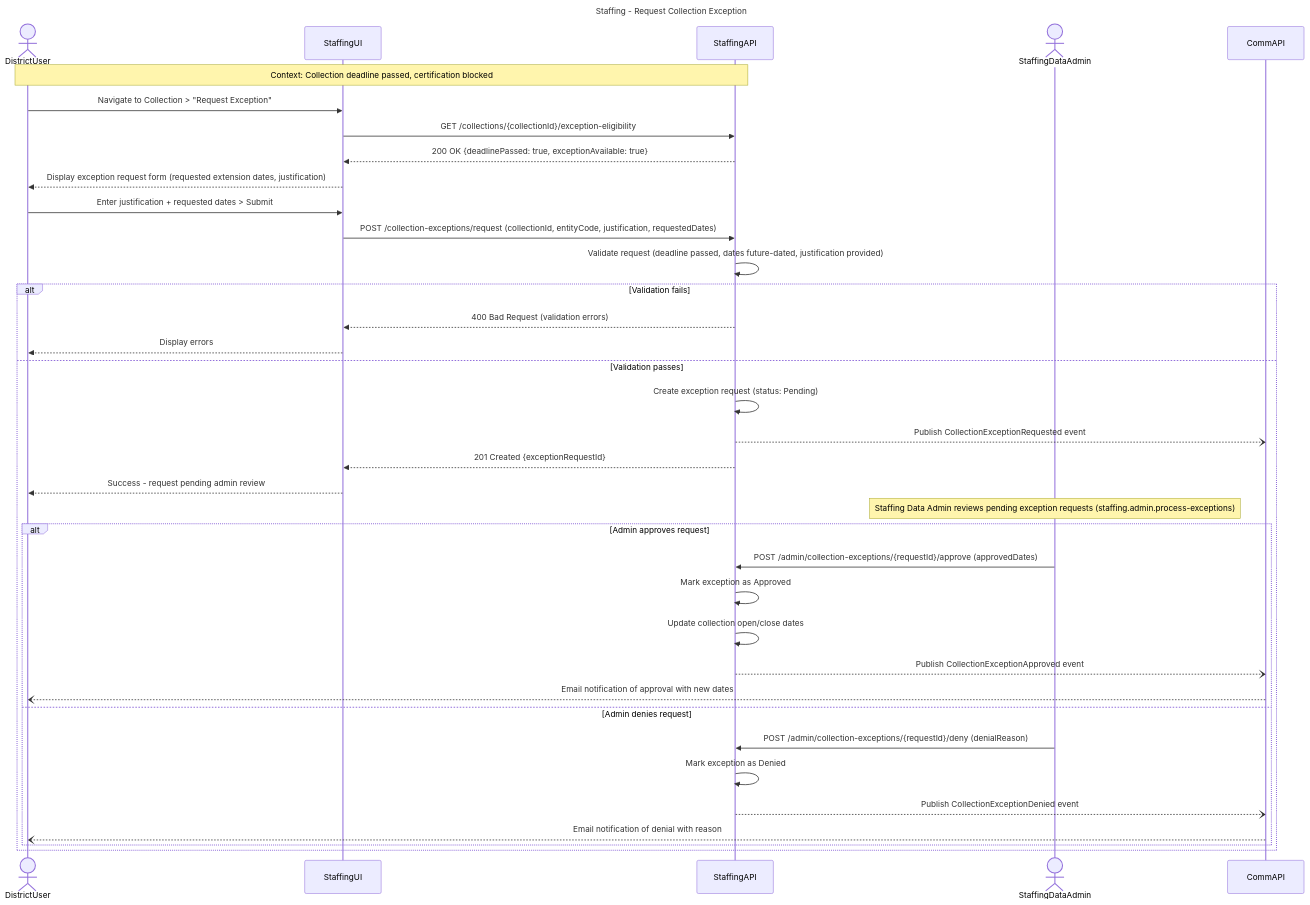
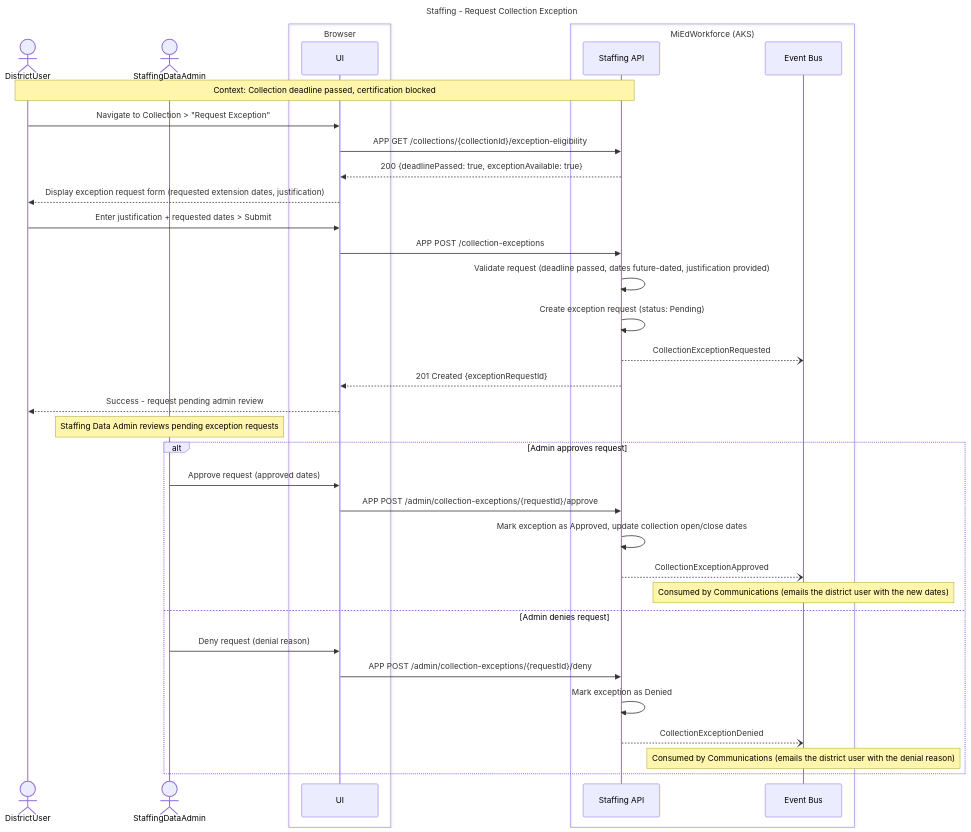
Diagram 11 of 14 in working-docs/solution-areas/staffing/staffing-sequences.md (mnichols-dl/mied-design), drawn with Mermaid before and after one commit. The commit also changed other lines of this file and 34 other files, not shown here.

Commit message:
Update sequences and perform RTM assessment

````diff
--- a/working-docs/solution-areas/staffing/staffing-sequences.md
+++ b/working-docs/solution-areas/staffing/staffing-sequences.md
@@ -509,49 +646,47 @@
 ```mermaid
 ---
 title: Staffing - Request Collection Exception
 ---
 sequenceDiagram
     actor DistrictUser
-    participant StaffingUI
-    participant StaffingAPI
     actor StaffingDataAdmin
-    participant CommAPI
-    
-    Note over DistrictUser,StaffingAPI: Context: Collection deadline passed, certification blocked
-    
-    DistrictUser->>StaffingUI: Navigate to Collection > "Request Exception"
-    StaffingUI->>StaffingAPI: GET /collections/{collectionId}/exception-eligibility
-    StaffingAPI-->>StaffingUI: 200 OK {deadlinePassed: true, exceptionAvailable: true}
-    
-    StaffingUI-->>DistrictUser: Display exception request form (requested extension dates, justification)
-    DistrictUser->>StaffingUI: Enter justification + requested dates > Submit
-    StaffingUI->>StaffingAPI: POST /collection-exceptions/request (collectionId, entityCode, justification, requestedDates)
-    
-    StaffingAPI->>StaffingAPI: Validate request (deadline passed, dates future-dated, justification provided)
-    
-    alt Validation fails
-        StaffingAPI-->>StaffingUI: 400 Bad Request (validation errors)
-        StaffingUI-->>DistrictUser: Display errors
-    else Validation passes
-        StaffingAPI->>StaffingAPI: Create exception request (status: Pending)
-        StaffingAPI--)CommAPI: Publish CollectionExceptionRequested event
-        StaffingAPI-->>StaffingUI: 201 Created {exceptionRequestId}
-        StaffingUI-->>DistrictUser: Success - request pending admin review
-        
-        Note over StaffingDataAdmin: Staffing Data Admin reviews pending exception requests (staffing.admin.process-exceptions)
-        
-        alt Admin approves request
-            StaffingDataAdmin->>StaffingAPI: POST /admin/collection-exceptions/{requestId}/approve (approvedDates)
-            StaffingAPI->>StaffingAPI: Mark exception as Approved
-            StaffingAPI->>StaffingAPI: Update collection open/close dates
-            StaffingAPI--)CommAPI: Publish CollectionExceptionApproved event
-            CommAPI--)DistrictUser: Email notification of approval with new dates
-            
-        else Admin denies request
-            StaffingDataAdmin->>StaffingAPI: POST /admin/collection-exceptions/{requestId}/deny (denialReason)
-            StaffingAPI->>StaffingAPI: Mark exception as Denied
-            StaffingAPI--)CommAPI: Publish CollectionExceptionDenied event
-            CommAPI--)DistrictUser: Email notification of denial with reason
-        end
+    box Browser
+        participant UI as UI
+    end
+    box MiEdWorkforce (AKS)
+        participant StaffingApi as Staffing API
+        participant EventBus as Event Bus
+    end
+
+    Note over DistrictUser,StaffingApi: Context: Collection deadline passed, certification blocked
+
+    DistrictUser->>UI: Navigate to Collection > "Request Exception"
+    UI->>StaffingApi: APP GET /collections/{collectionId}/exception-eligibility
+    StaffingApi-->>UI: 200 {deadlinePassed: true, exceptionAvailable: true}
+
+    UI-->>DistrictUser: Display exception request form (requested extension dates, justification)
+    DistrictUser->>UI: Enter justification + requested dates > Submit
+    UI->>StaffingApi: APP POST /collection-exceptions
+
+    StaffingApi->>StaffingApi: Validate request (deadline passed, dates future-dated, justification provided)
+    StaffingApi->>StaffingApi: Create exception request (status: Pending)
+    StaffingApi--)EventBus: CollectionExceptionRequested
+    StaffingApi-->>UI: 201 Created {exceptionRequestId}
+    UI-->>DistrictUser: Success - request pending admin review
+
+    Note over StaffingDataAdmin: Staffing Data Admin reviews pending exception requests
+
+    alt Admin approves request
+        StaffingDataAdmin->>UI: Approve request (approved dates)
+        UI->>StaffingApi: APP POST /admin/collection-exceptions/{requestId}/approve
+        StaffingApi->>StaffingApi: Mark exception as Approved, update collection open/close dates
+        StaffingApi--)EventBus: CollectionExceptionApproved
+        Note over EventBus: Consumed by Communications (emails the district user with the new dates)
+    else Admin denies request
+        StaffingDataAdmin->>UI: Deny request (denial reason)
+        UI->>StaffingApi: APP POST /admin/collection-exceptions/{requestId}/deny
+        StaffingApi->>StaffingApi: Mark exception as Denied
+        StaffingApi--)EventBus: CollectionExceptionDenied
+        Note over EventBus: Consumed by Communications (emails the district user with the denial reason)
     end
 ```
````
